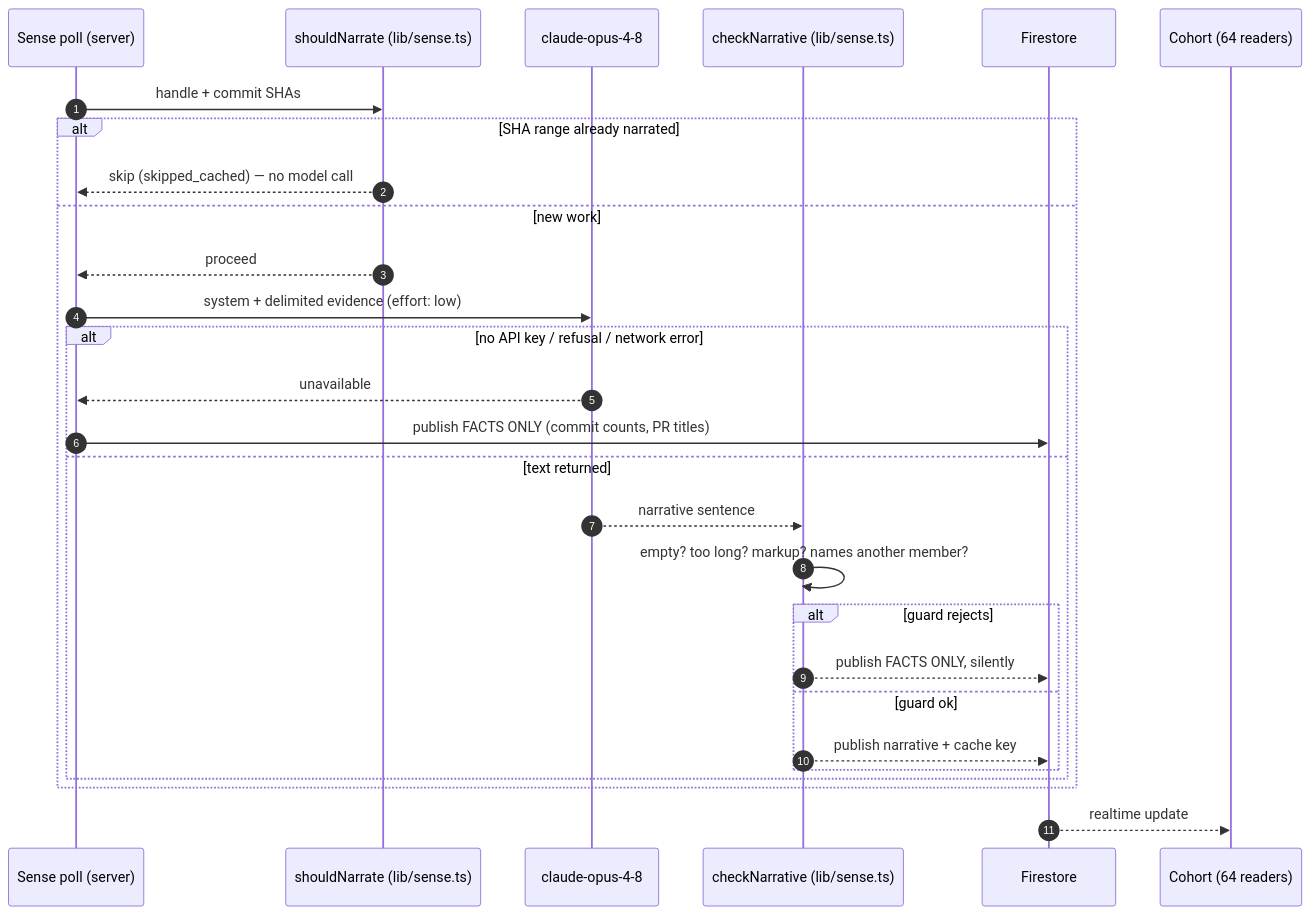
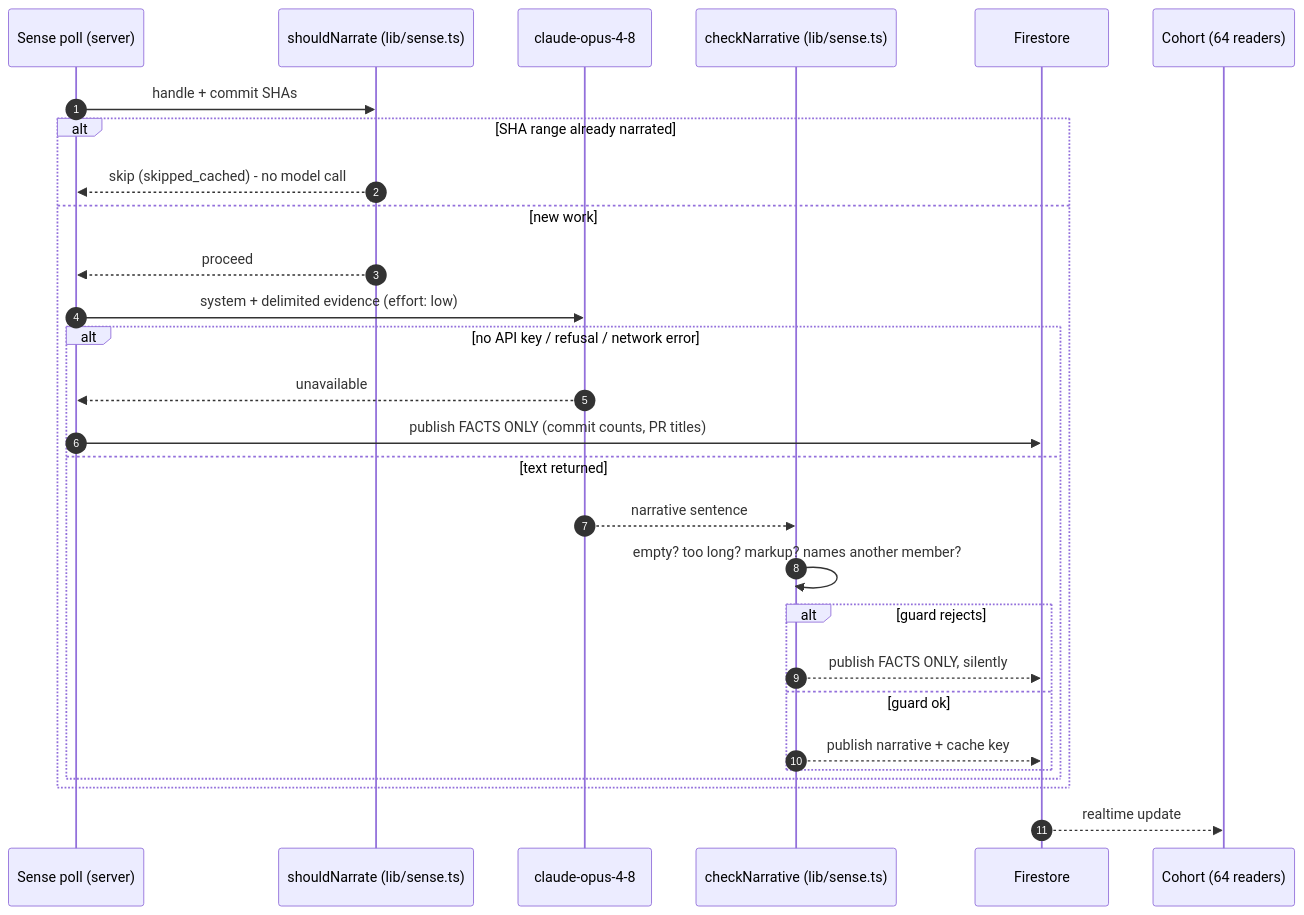
Before and after one commit to nikjain15/pulse: the second of 2 diagrams in docs/ARCHITECTURE.md, drawn with Mermaid. The commit also changed other lines of this file and 10 other files, not shown here.

````diff
--- a/docs/ARCHITECTURE.md
+++ b/docs/ARCHITECTURE.md
@@ -64,31 +64,31 @@
 ```mermaid
 sequenceDiagram
   autonumber
   participant Poll as Sense poll (server)
   participant Cache as shouldNarrate (lib/sense.ts)
   participant Model as claude-opus-4-8
   participant Guard as checkNarrative (lib/sense.ts)
   participant FS as Firestore
   participant Team as Cohort (64 readers)
 
   Poll->>Cache: handle + commit SHAs
   alt SHA range already narrated
-    Cache-->>Poll: skip (skipped_cached) — no model call
+    Cache-->>Poll: skip (skipped_cached) - no model call
   else new work
     Cache-->>Poll: proceed
     Poll->>Model: system + delimited evidence (effort: low)
     alt no API key / refusal / network error
       Model-->>Poll: unavailable
       Poll->>FS: publish FACTS ONLY (commit counts, PR titles)
     else text returned
       Model-->>Guard: narrative sentence
       Guard->>Guard: empty? too long? markup? names another member?
       alt guard rejects
         Guard-->>FS: publish FACTS ONLY, silently
       else guard ok
         Guard-->>FS: publish narrative + cache key
       end
     end
   end
   FS-->>Team: realtime update
 ```
````
